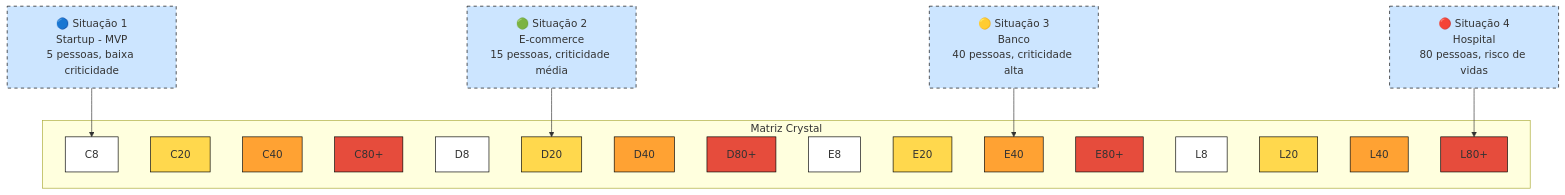
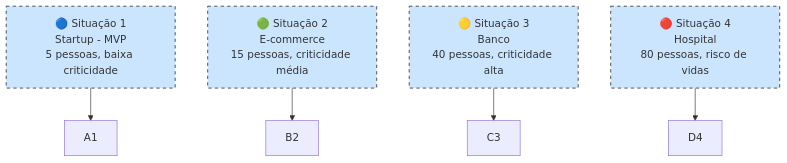
The fifth of 5 diagrams in README.md (ramtrigodev/grafico_gant), drawn with Mermaid before and after one commit.

````diff
--- a/README.md
+++ b/README.md
@@ -60,39 +60,19 @@
 ```mermaid
 graph TD
-    subgraph Matriz Crystal
-        A1["C8"]:::branco
-        A2["C20"]:::amarelo
-        A3["C40"]:::laranja
-        A4["C80+"]:::vermelho
 
-        B1["D8"]:::branco
-        B2["D20"]:::amarelo
-        B3["D40"]:::laranja
-        B4["D80+"]:::vermelho
-
-        C1["E8"]:::branco
-        C2["E20"]:::amarelo
-        C3["E40"]:::laranja
-        C4["E80+"]:::vermelho
-
-        D1["L8"]:::branco
-        D2["L20"]:::amarelo
-        D3["L40"]:::laranja
-        D4["L80+"]:::vermelho
-    end
 
     %% Marcações das situações
     S1["🔵 Situação 1\nStartup - MVP\n5 pessoas, baixa criticidade"]:::situacao --> A1
     S2["🟢 Situação 2\nE-commerce\n15 pessoas, criticidade média"]:::situacao --> B2
     S3["🟡 Situação 3\nBanco\n40 pessoas, criticidade alta"]:::situacao --> C3
     S4["🔴 Situação 4\nHospital\n80 pessoas, risco de vidas"]:::situacao --> D4
 
     %% Estilos
     classDef branco fill:#fff,stroke:#000,stroke-width:1px;
     classDef amarelo fill:#FFD84D,stroke:#000,stroke-width:1px;
     classDef laranja fill:#FFA233,stroke:#000,stroke-width:1px;
     classDef vermelho fill:#E64C3C,stroke:#000,stroke-width:1px;
     classDef situacao fill:#CCE5FF,stroke:#000,stroke-width:1px,stroke-dasharray: 5 5;
 
 
 ```
````
